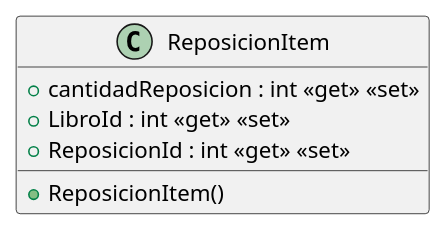
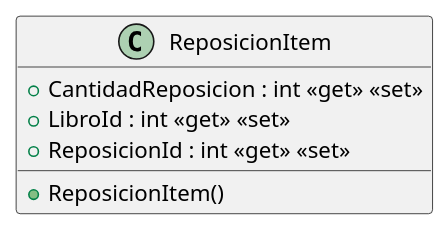
One commit to ISII2627SoftwareEngineers/ISII2627SoftwareEngineers changed the diagram in src/AppForSEII.API/ClassDiagram/ReposicionItem.puml. Above: the diagram before and after it, drawn with PlantUML. The commit also changed 3 other files, not shown here.

Commit message:
Añadido clase CompraItem al diagrama de clases CU1

```diff
--- a/src/AppForSEII.API/ClassDiagram/ReposicionItem.puml
+++ b/src/AppForSEII.API/ClassDiagram/ReposicionItem.puml
@@ -1,8 +1,8 @@
 @startuml
 class ReposicionItem {
-    + cantidadReposicion : int <<get>> <<set>>
+    + CantidadReposicion : int <<get>> <<set>>
     + LibroId : int <<get>> <<set>>
     + ReposicionId : int <<get>> <<set>>
     + ReposicionItem()
 }
 @enduml
```
